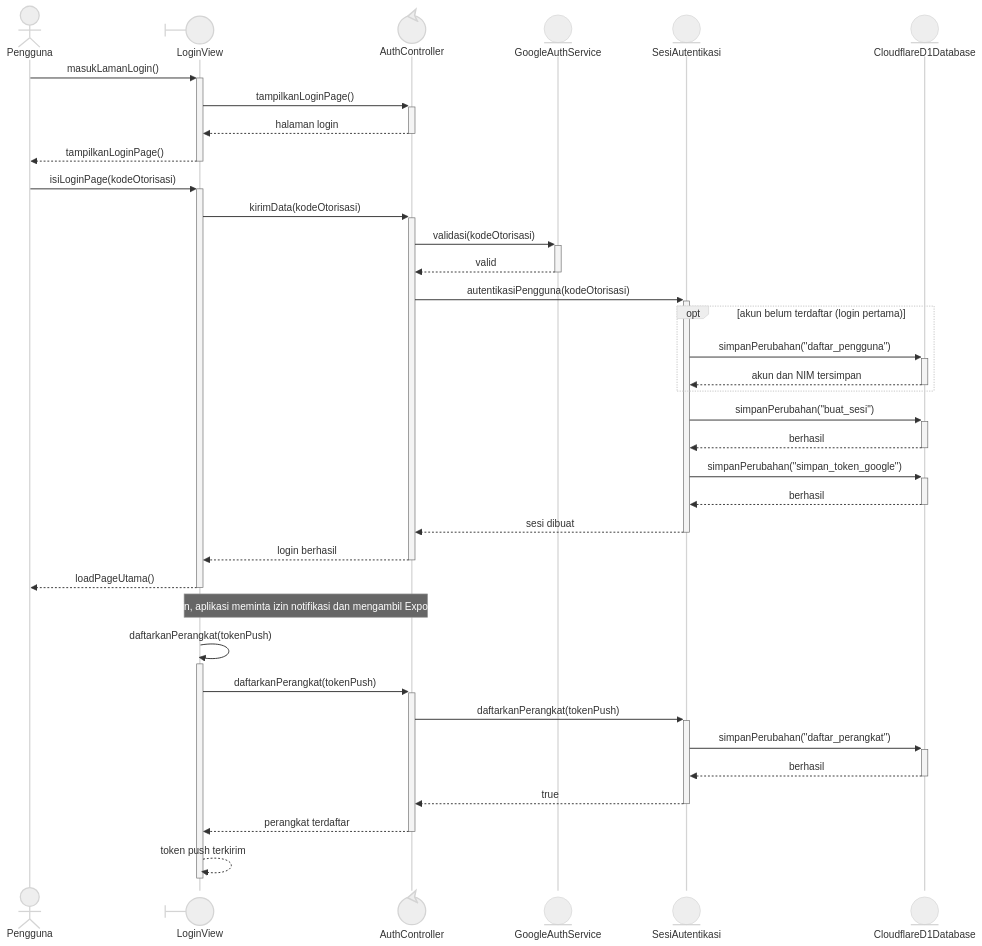
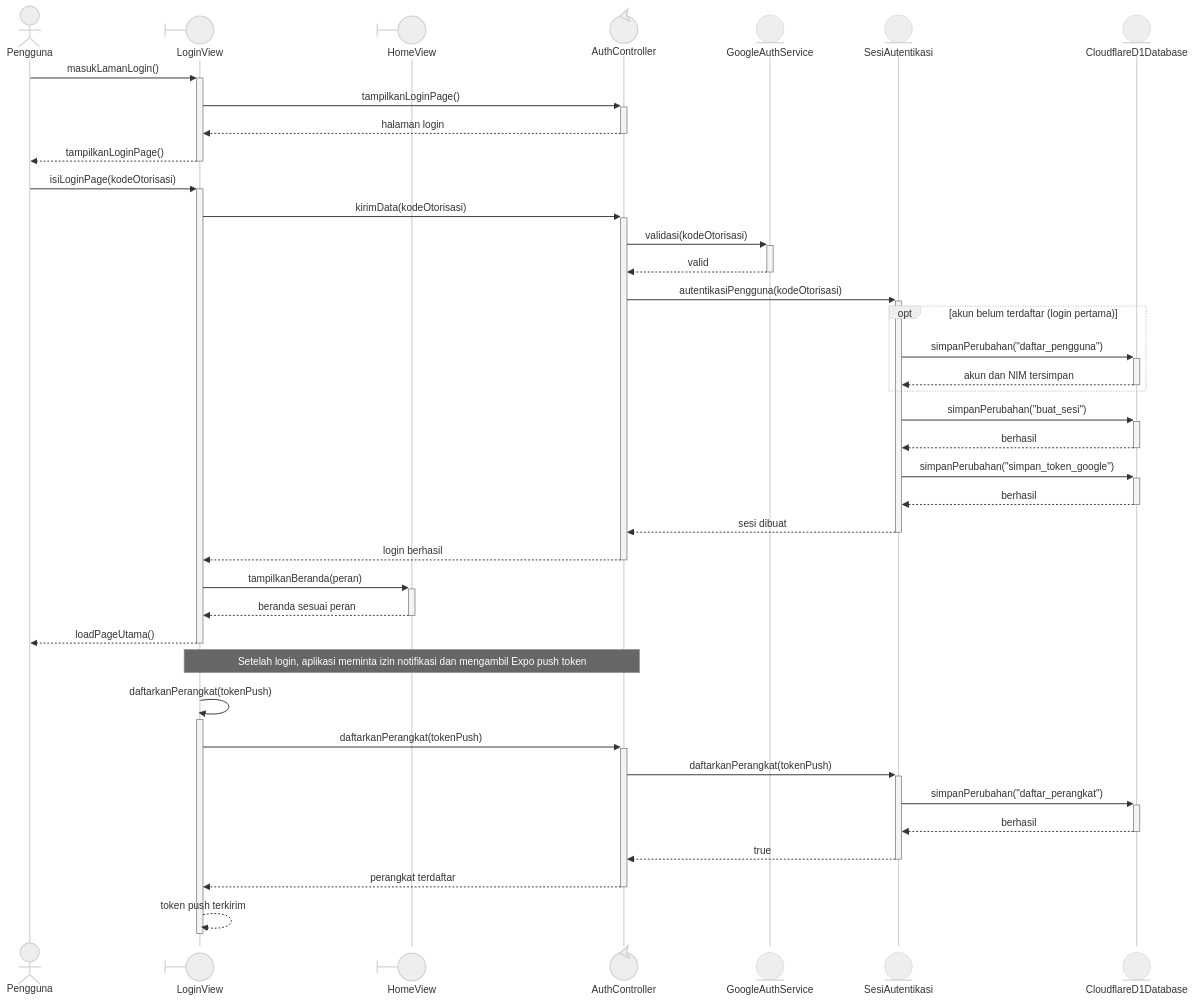
Diagram 34 of 41 in docs/M8/K01_G04_DPPL2.md (sbxte/IF2150-RPL-K01-G04), drawn with Mermaid (neutral theme) before and after one commit. The commit also changed other lines of this file and 15 other files, not shown here.

````diff
--- a/docs/M8/K01_G04_DPPL2.md
+++ b/docs/M8/K01_G04_DPPL2.md
@@ -2014,39 +2030,42 @@
 ```mermaid
 sequenceDiagram
     actor Pengguna
     participant LoginView@{ "type": "boundary" }
+    participant HomeView@{ "type": "boundary" }
     participant AuthController@{ "type": "control" }
     participant GoogleAuthService@{ "type": "entity" }
     participant SesiAutentikasi@{ "type": "entity" }
     participant CloudflareD1Database@{ "type": "entity" }
 
     Pengguna->>+LoginView: masukLamanLogin()
     LoginView->>+AuthController: tampilkanLoginPage()
     AuthController-->>-LoginView: halaman login
     LoginView-->>-Pengguna: tampilkanLoginPage()
     Pengguna->>+LoginView: isiLoginPage(kodeOtorisasi)
     LoginView->>+AuthController: kirimData(kodeOtorisasi)
     AuthController->>+GoogleAuthService: validasi(kodeOtorisasi)
     GoogleAuthService-->>-AuthController: valid
     AuthController->>+SesiAutentikasi: autentikasiPengguna(kodeOtorisasi)
     opt akun belum terdaftar (login pertama)
         SesiAutentikasi->>+CloudflareD1Database: simpanPerubahan("daftar_pengguna")
         CloudflareD1Database-->>-SesiAutentikasi: akun dan NIM tersimpan
     end
     SesiAutentikasi->>+CloudflareD1Database: simpanPerubahan("buat_sesi")
     CloudflareD1Database-->>-SesiAutentikasi: berhasil
     SesiAutentikasi->>+CloudflareD1Database: simpanPerubahan("simpan_token_google")
     CloudflareD1Database-->>-SesiAutentikasi: berhasil
     SesiAutentikasi-->>-AuthController: sesi dibuat
     AuthController-->>-LoginView: login berhasil
+    LoginView->>+HomeView: tampilkanBeranda(peran)
+    HomeView-->>-LoginView: beranda sesuai peran
     LoginView-->>-Pengguna: loadPageUtama()
     Note over LoginView,AuthController: Setelah login, aplikasi meminta izin notifikasi dan mengambil Expo push token
     LoginView->>+LoginView: daftarkanPerangkat(tokenPush)
     LoginView->>+AuthController: daftarkanPerangkat(tokenPush)
     AuthController->>+SesiAutentikasi: daftarkanPerangkat(tokenPush)
     SesiAutentikasi->>+CloudflareD1Database: simpanPerubahan("daftar_perangkat")
     CloudflareD1Database-->>-SesiAutentikasi: berhasil
     SesiAutentikasi-->>-AuthController: true
     AuthController-->>-LoginView: perangkat terdaftar
     LoginView-->>-LoginView: token push terkirim
 ```
````
